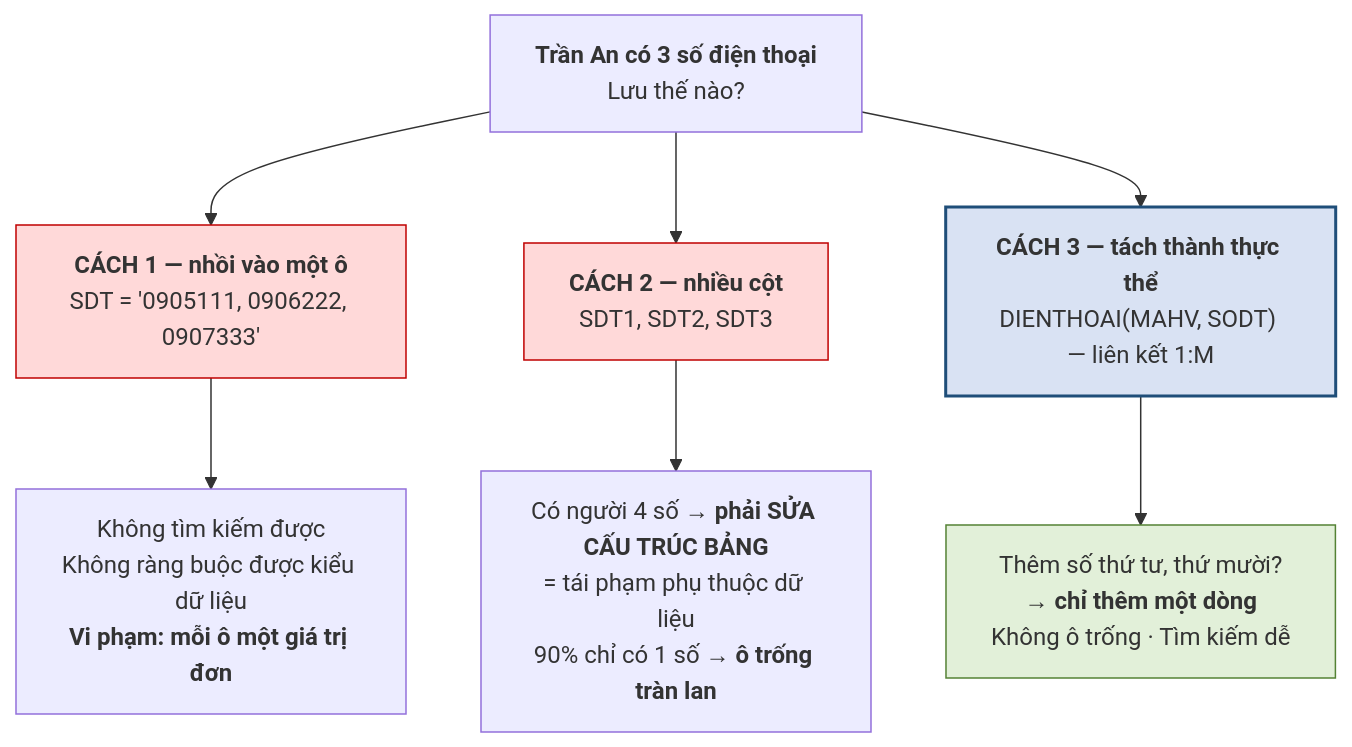
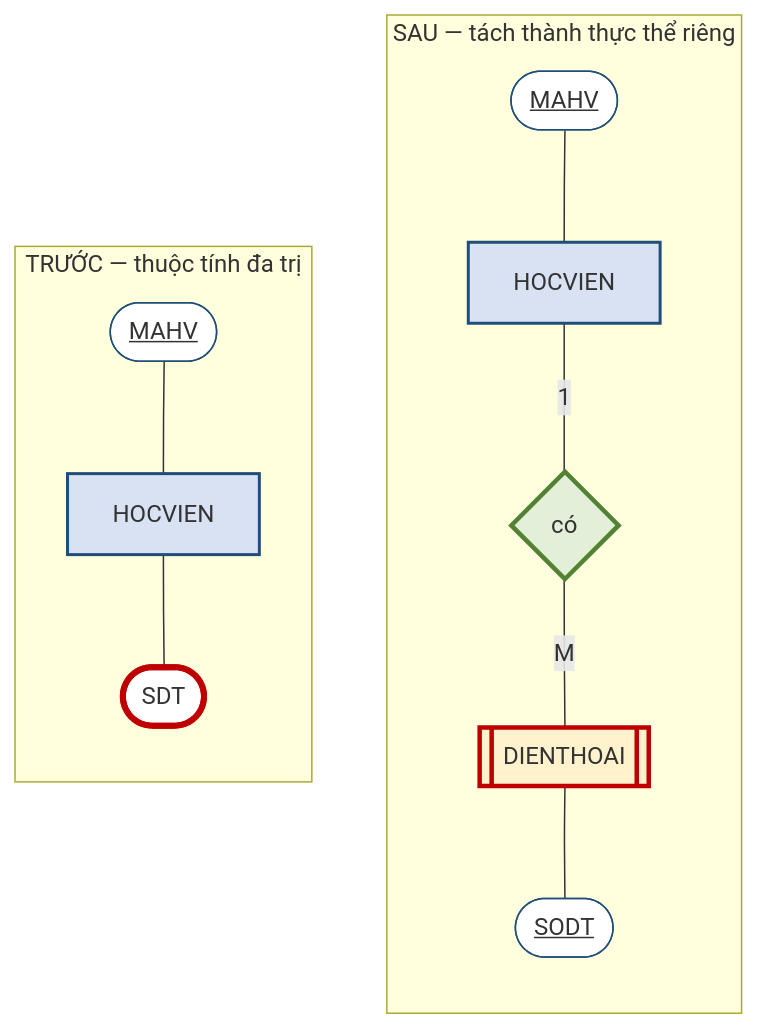
The third of 3 diagrams in docs/chuong-2/2-2-thuc-the-va-thuoc-tinh.md (CuongNguyenDAU/csdl-dbs201), drawn with Mermaid before and after one commit. The commit also changed other lines of this file and 98 other files, not shown here.

````diff
--- a/docs/chuong-2/2-2-thuc-the-va-thuoc-tinh.md
+++ b/docs/chuong-2/2-2-thuc-the-va-thuoc-tinh.md
@@ -144,14 +216,22 @@
 ```mermaid
-flowchart TB
-    P["<b>Trần An có 3 số điện thoại</b><br/>Lưu thế nào?"]
-    P --> C1["<b>CÁCH 1 — nhồi vào một ô</b><br/>SDT = '0905111, 0906222, 0907333'"]
-    P --> C2["<b>CÁCH 2 — nhiều cột</b><br/>SDT1, SDT2, SDT3"]
-    P --> C3["<b>CÁCH 3 — tách thành thực thể</b><br/>DIENTHOAI(MAHV, SODT) — liên kết 1:M"]
-    C1 --> E1["Không tìm kiếm được<br/>Không ràng buộc được kiểu dữ liệu<br/><b>Vi phạm: mỗi ô một giá trị đơn</b>"]
-    C2 --> E2["Có người 4 số → <b>phải SỬA CẤU TRÚC BẢNG</b><br/>= tái phạm phụ thuộc dữ liệu<br/>90% chỉ có 1 số → <b>ô trống tràn lan</b>"]
-    C3 --> E3["Thêm số thứ tư, thứ mười?<br/>→ <b>chỉ thêm một dòng</b><br/>Không ô trống · Tìm kiếm dễ"]
-    style C1 fill:#FFD9D9,stroke:#C00000
-    style C2 fill:#FFD9D9,stroke:#C00000
-    style C3 fill:#D9E2F3,stroke:#1F4E79,stroke-width:2px
-    style E3 fill:#E2F0D9,stroke:#548235
+flowchart LR
+    subgraph TRUOC["TRƯỚC — thuộc tính đa trị"]
+        K1(["<u>MAHV</u>"]) --- HV1["HOCVIEN"]
+        HV1 --- S1(["SDT"])
+    end
+    subgraph SAU["SAU — tách thành thực thể riêng"]
+        K2(["<u>MAHV</u>"]) --- HV2["HOCVIEN"]
+        HV2 ---|"1"| R{"có"}
+        R ---|"M"| DT[["DIENTHOAI"]]
+        DT --- S2(["<u>SODT</u>"])
+    end
+    TRUOC ~~~ SAU
+    style HV1 fill:#D9E2F3,stroke:#1F4E79,stroke-width:2px
+    style HV2 fill:#D9E2F3,stroke:#1F4E79,stroke-width:2px
+    style DT fill:#FFF2CC,stroke:#C00000,stroke-width:3px
+    style R fill:#E2F0D9,stroke:#548235,stroke-width:3px
+    style K1 fill:#fff,stroke:#1F4E79
+    style K2 fill:#fff,stroke:#1F4E79
+    style S1 fill:#fff,stroke:#C00000,stroke-width:4px
+    style S2 fill:#fff,stroke:#1F4E79
 ```
````
